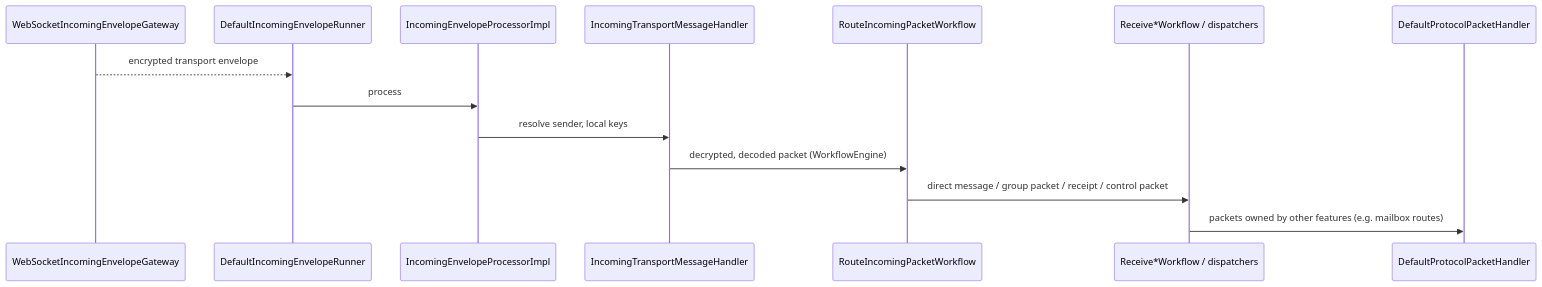
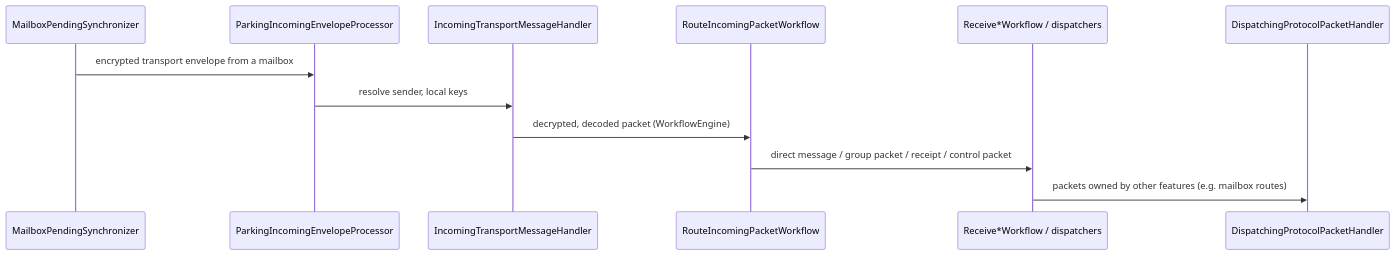
The second of 2 diagrams in docs/architecture/messaging-boundary.md (cbgm/Sparrow), drawn with Mermaid before and after one commit. The commit also changed other lines of this file and 1796 other files, not shown here.

````diff
--- a/docs/architecture/messaging-boundary.md
+++ b/docs/architecture/messaging-boundary.md
@@ -47,17 +47,15 @@
 ```mermaid
 sequenceDiagram
-    participant TR as WebSocketIncomingEnvelopeGateway
-    participant RUN as DefaultIncomingEnvelopeRunner
-    participant PROC as IncomingEnvelopeProcessorImpl
+    participant RUN as MailboxPendingSynchronizer
+    participant PROC as ParkingIncomingEnvelopeProcessor
     participant H as IncomingTransportMessageHandler
     participant ROUTE as RouteIncomingPacketWorkflow
     participant WF as Receive*Workflow / dispatchers
-    participant PH as DefaultProtocolPacketHandler
+    participant PH as DispatchingProtocolPacketHandler
 
-    TR-->>RUN: encrypted transport envelope
-    RUN->>PROC: process
+    RUN->>PROC: encrypted transport envelope from a mailbox
     PROC->>H: resolve sender, local keys
     H->>ROUTE: decrypted, decoded packet (WorkflowEngine)
     ROUTE->>WF: direct message / group packet / receipt / control packet
     WF->>PH: packets owned by other features (e.g. mailbox routes)
 ```
````
